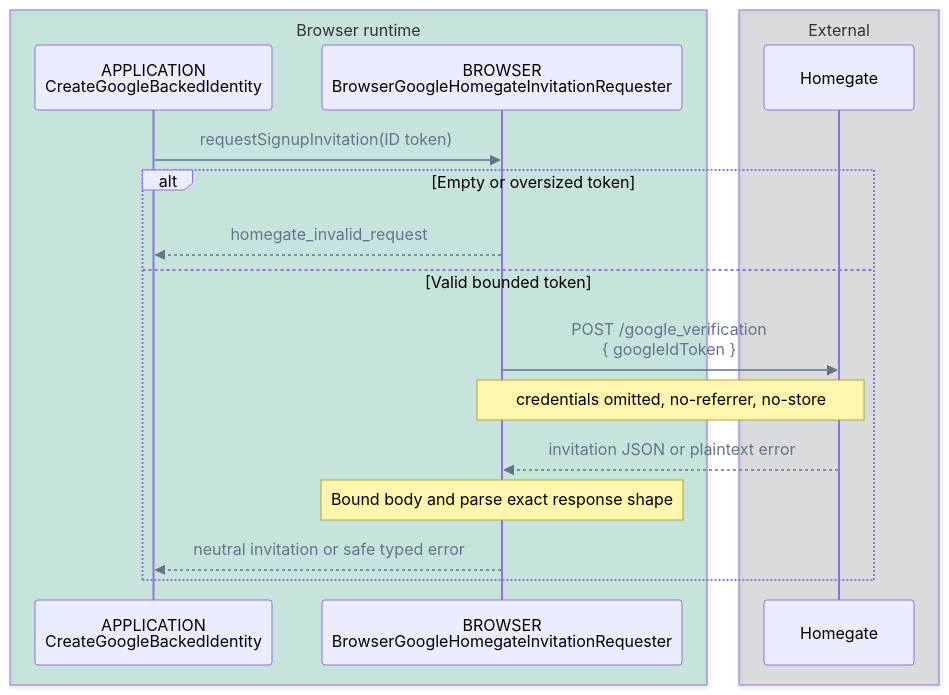
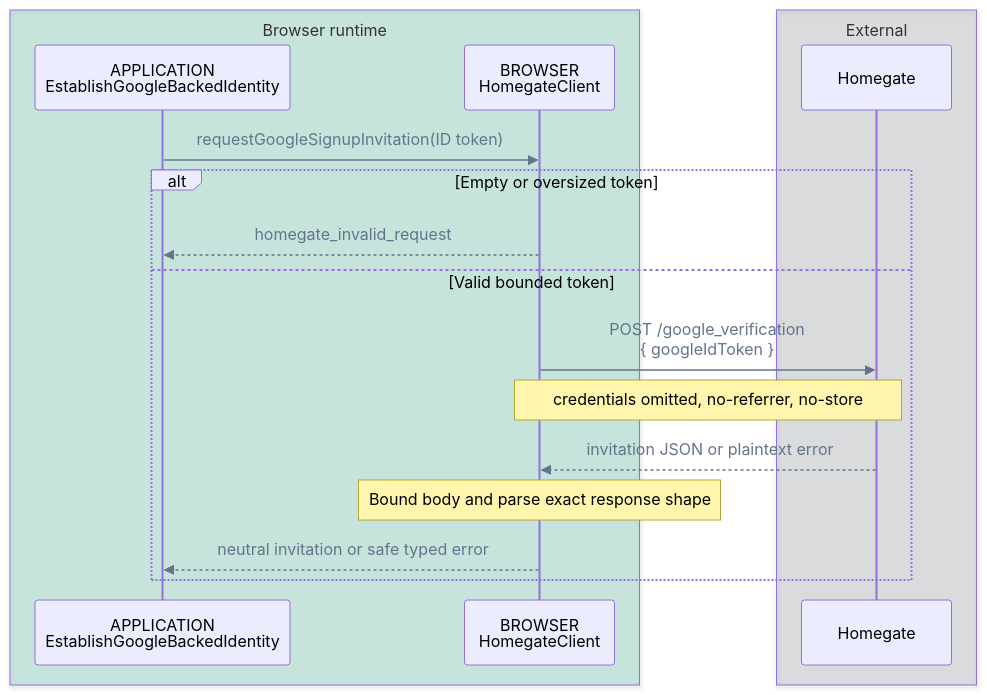
Diagram 14 of 14 in FLOWS.md (pubky/pubky-passport), drawn with Mermaid before and after one commit. The commit also changed other lines of this file and 14 other files, not shown here.

Commit message:
refactor: replace GoogleHomegateInvitationRequester with HomegateClient

````diff
--- a/FLOWS.md
+++ b/FLOWS.md
@@ -802,24 +804,24 @@
 ```mermaid
 %%{init: {"themeVariables": {"signalColor": "#64748B", "signalTextColor": "#64748B"}}}%%
 sequenceDiagram
     accTitle: Direct browser Homegate invitation call flow
     accDescr: The browser adapter sends only the Google ID token directly to configured Homegate, then bounds and maps the invitation or plaintext error to a safe application result.
     box rgba(0, 158, 115, 0.18) Browser runtime
-        participant UseCase as APPLICATION<br/>CreateGoogleBackedIdentity
-        participant Adapter as BROWSER<br/>BrowserGoogleHomegateInvitationRequester
+        participant UseCase as APPLICATION<br/>EstablishGoogleBackedIdentity
+        participant Adapter as BROWSER<br/>HomegateClient
     end
     box rgba(17, 24, 39, 0.12) External
         participant Homegate as Homegate
     end
 
-    UseCase->>Adapter: requestSignupInvitation(ID token)
+    UseCase->>Adapter: requestGoogleSignupInvitation(ID token)
     alt Empty or oversized token
         Adapter-->>UseCase: homegate_invalid_request
     else Valid bounded token
         Adapter->>Homegate: POST /google_verification<br/>{ googleIdToken }
         Note over Adapter,Homegate: credentials omitted, no-referrer, no-store
         Homegate-->>Adapter: invitation JSON or plaintext error
         Note over Adapter: Bound body and parse exact response shape
         Adapter-->>UseCase: neutral invitation or safe typed error
     end
 ```
````
